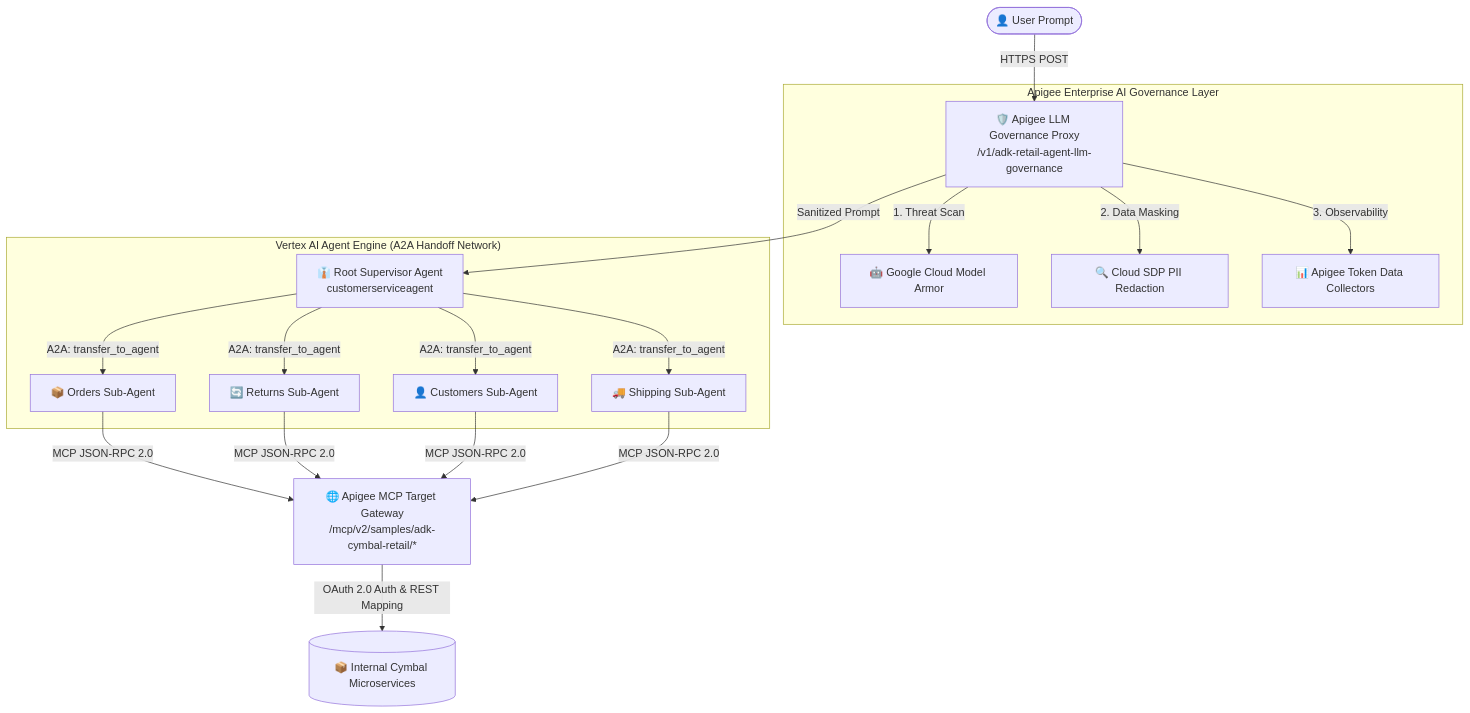
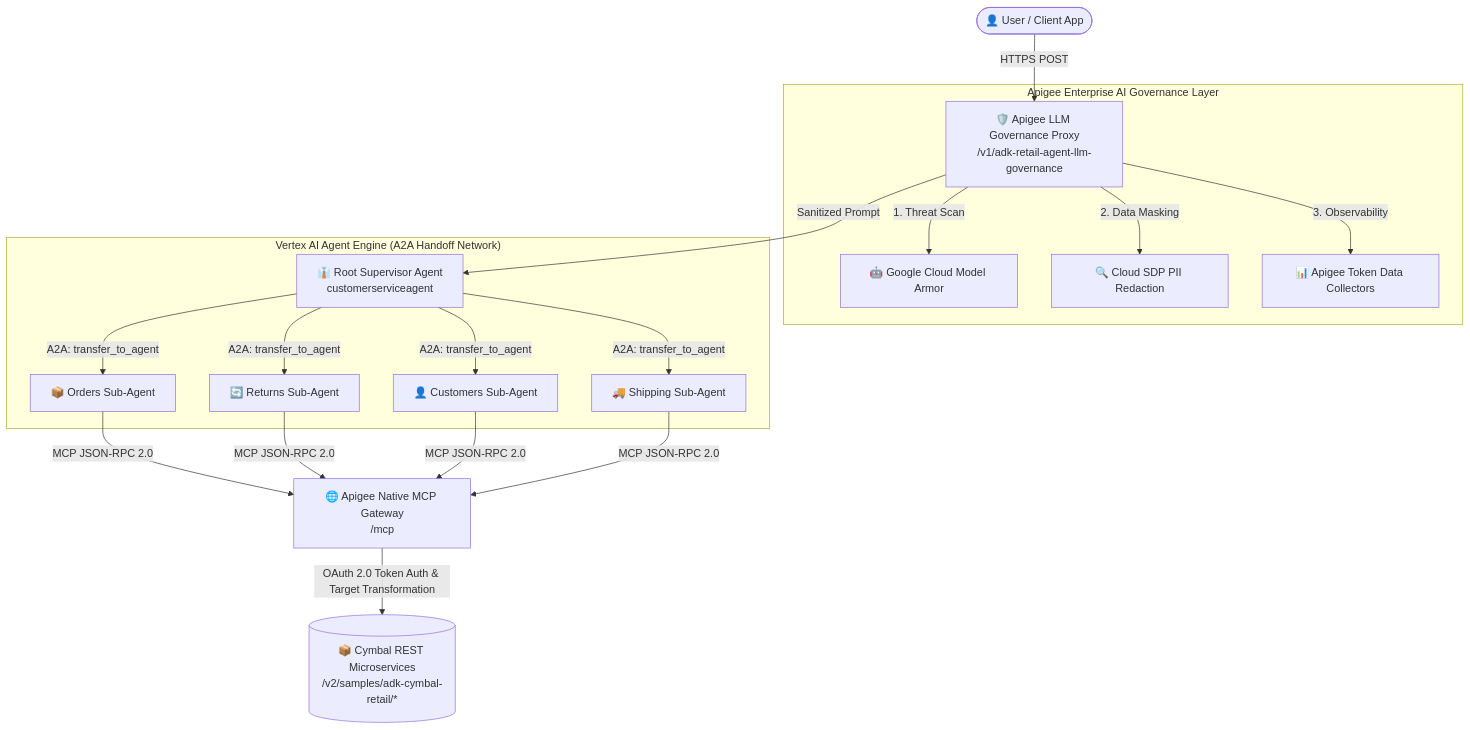
Before and after one commit to GoogleCloudPlatform/apigee-samples: the diagram in adk-cymbal-retail-agent/README.md, drawn with Mermaid. The commit also changed other lines of this file and 16 other files, not shown here.

First line of the commit message:
feat(mcp): expand regression test suite, update native MCP gateway, and add Jetski guidelines

````diff
--- a/adk-cymbal-retail-agent/README.md
+++ b/adk-cymbal-retail-agent/README.md
@@ -14,26 +14,26 @@
 ```mermaid
 graph TD
-    User([👤 User Prompt]) -->|HTTPS POST| ApigeeGov[🛡️ Apigee LLM Governance Proxy<br>/v1/adk-retail-agent-llm-governance]
+    User([👤 User / Client App]) -->|HTTPS POST| ApigeeGov[🛡️ Apigee LLM Governance Proxy<br>/v1/adk-retail-agent-llm-governance]
     
     subgraph "Apigee Enterprise AI Governance Layer"
         ApigeeGov -->|1. Threat Scan| ModelArmor[🤖 Google Cloud Model Armor]
         ApigeeGov -->|2. Data Masking| DLP[🔍 Cloud SDP PII Redaction]
         ApigeeGov -->|3. Observability| Analytics[📊 Apigee Token Data Collectors]
     end
     
     ApigeeGov -->|Sanitized Prompt| Supervisor[👔 Root Supervisor Agent<br>customerserviceagent]
     
     subgraph "Vertex AI Agent Engine (A2A Handoff Network)"
         Supervisor -->|A2A: transfer_to_agent| Orders[📦 Orders Sub-Agent]
         Supervisor -->|A2A: transfer_to_agent| Returns[🔄 Returns Sub-Agent]
         Supervisor -->|A2A: transfer_to_agent| Customers[👤 Customers Sub-Agent]
         Supervisor -->|A2A: transfer_to_agent| Shipping[🚚 Shipping Sub-Agent]
     end
     
-    Orders -->|MCP JSON-RPC 2.0| MCPGate[🌐 Apigee MCP Target Gateway<br>/mcp/v2/samples/adk-cymbal-retail/*]
+    Orders -->|MCP JSON-RPC 2.0| MCPGate[🌐 Apigee Native MCP Gateway<br>/mcp]
     Returns -->|MCP JSON-RPC 2.0| MCPGate
     Customers -->|MCP JSON-RPC 2.0| MCPGate
     Shipping -->|MCP JSON-RPC 2.0| MCPGate
     
-    MCPGate -->|OAuth 2.0 Auth & REST Mapping| Services[(📦 Internal Cymbal Microservices)]
+    MCPGate -->|OAuth 2.0 Token Auth & Target Transformation| Services[(📦 Cymbal REST Microservices<br>/v2/samples/adk-cymbal-retail/*)]
 ```
````
